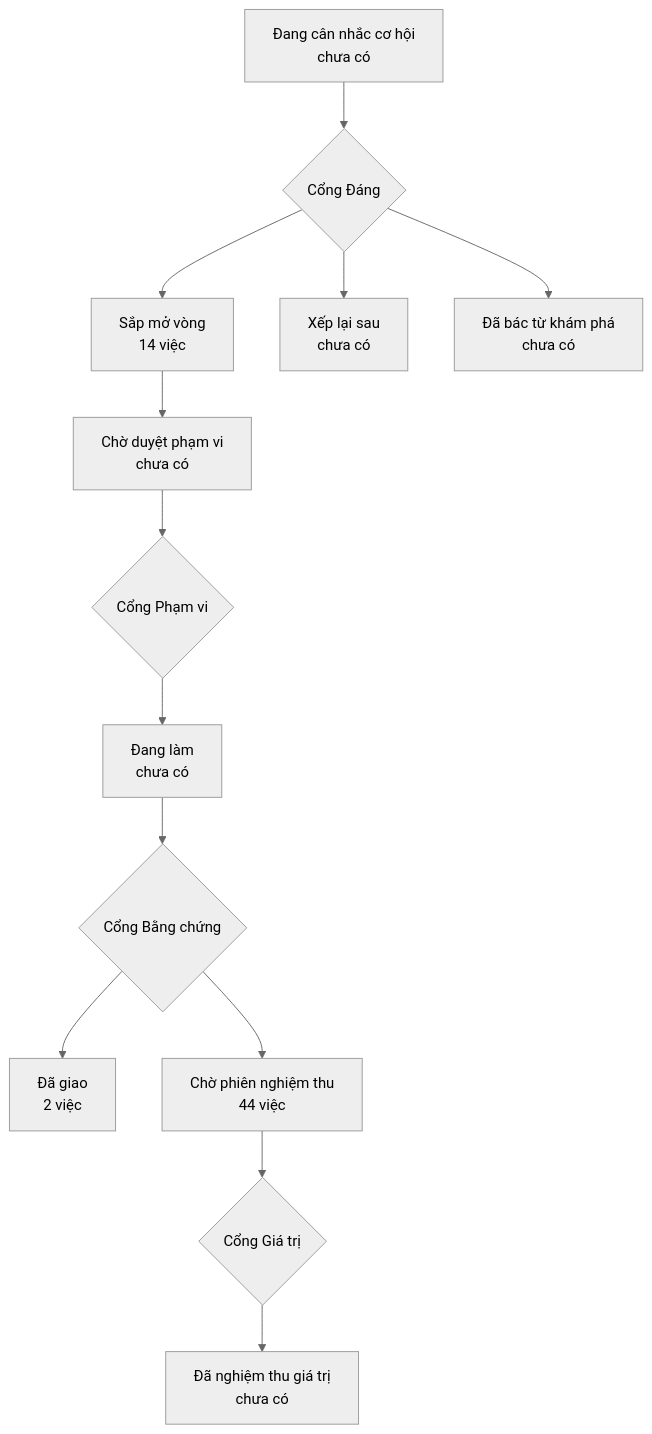
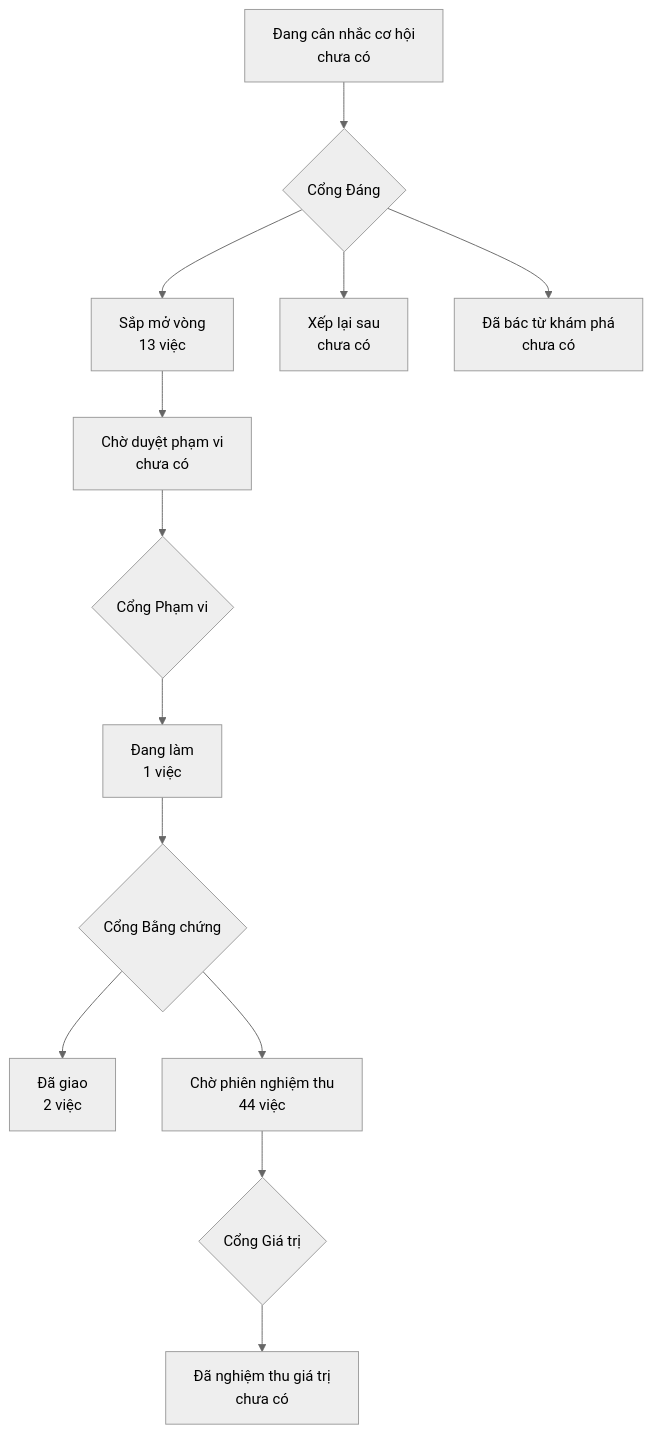
The diagram in PRODUCT-MAP.md (phanlemanh/onehub-inventory), drawn with Mermaid (neutral theme) before and after one commit. The commit also changed other lines of this file and 3 other files, not shown here.

````diff
--- a/PRODUCT-MAP.md
+++ b/PRODUCT-MAP.md
@@ -7,12 +7,12 @@
 ```mermaid
 flowchart TD
   A["Đang cân nhắc cơ hội<br/>chưa có"] --> GD{"Cổng Đáng"}
-  GD --> B["Sắp mở vòng<br/>14 việc"]
+  GD --> B["Sắp mở vòng<br/>13 việc"]
   GD --> XL["Xếp lại sau<br/>chưa có"]
   GD --> DB["Đã bác từ khám phá<br/>chưa có"]
   B --> CD["Chờ duyệt phạm vi<br/>chưa có"] --> GP{"Cổng Phạm vi"}
-  GP --> DL["Đang làm<br/>chưa có"] --> GB{"Cổng Bằng chứng"}
+  GP --> DL["Đang làm<br/>1 việc"] --> GB{"Cổng Bằng chứng"}
   GB --> DG["Đã giao<br/>2 việc"]
   GB --> CN["Chờ phiên nghiệm thu<br/>44 việc"] --> GG{"Cổng Giá trị"}
   GG --> NT["Đã nghiệm thu giá trị<br/>chưa có"]
 ```
````
